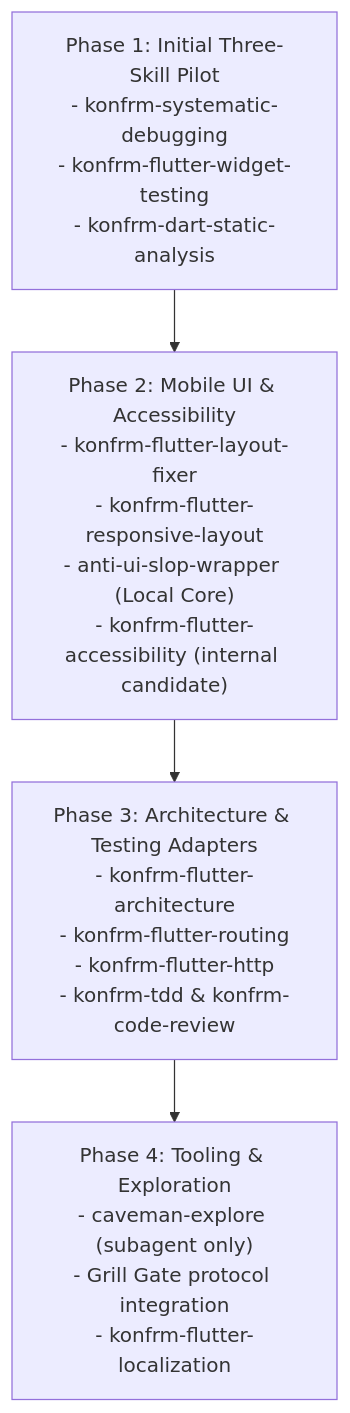
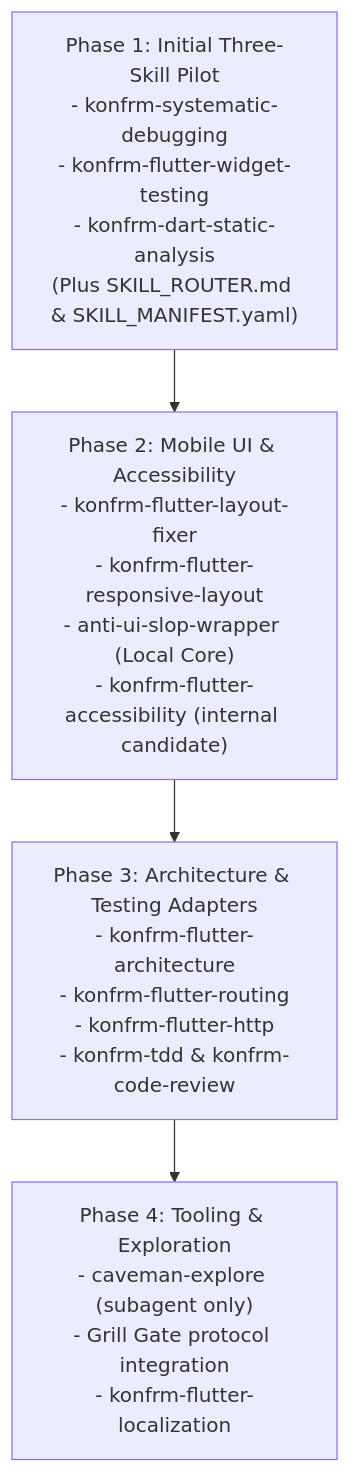
One commit to Essxm01/KONFRM changed the diagram in docs/agents/KONFRM_AGENT_SKILLS_INSTALL_PLAN_V1.md. Above: the diagram before and after it, drawn with Mermaid. The commit also changed other lines of this file and 3 other files, not shown here.

Commit message:
docs(agents): optimize skill discovery architecture

````diff
--- a/docs/agents/KONFRM_AGENT_SKILLS_INSTALL_PLAN_V1.md
+++ b/docs/agents/KONFRM_AGENT_SKILLS_INSTALL_PLAN_V1.md
@@ -163,14 +222,14 @@
 ```mermaid
 flowchart TD
-    P1["Phase 1: Initial Three-Skill Pilot\n- konfrm-systematic-debugging\n- konfrm-flutter-widget-testing\n- konfrm-dart-static-analysis"]
+    P1["Phase 1: Initial Three-Skill Pilot\n- konfrm-systematic-debugging\n- konfrm-flutter-widget-testing\n- konfrm-dart-static-analysis\n(Plus SKILL_ROUTER.md & SKILL_MANIFEST.yaml)"]
 
     P2["Phase 2: Mobile UI & Accessibility\n- konfrm-flutter-layout-fixer\n- konfrm-flutter-responsive-layout\n- anti-ui-slop-wrapper (Local Core)\n- konfrm-flutter-accessibility (internal candidate)"]
 
     P3["Phase 3: Architecture & Testing Adapters\n- konfrm-flutter-architecture\n- konfrm-flutter-routing\n- konfrm-flutter-http\n- konfrm-tdd & konfrm-code-review"]
 
     P4["Phase 4: Tooling & Exploration\n- caveman-explore (subagent only)\n- Grill Gate protocol integration\n- konfrm-flutter-localization"]
 
     P1 --> P2
     P2 --> P3
     P3 --> P4
 ```
````
